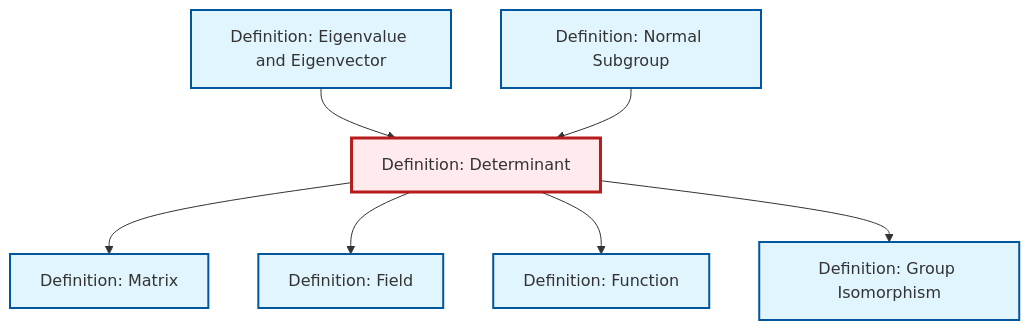
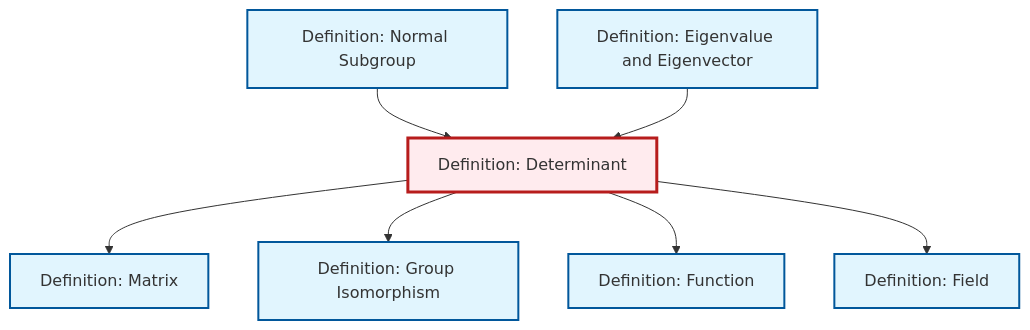
One commit to RK0429/ModernMath changed the diagram in content/ja/algebra/def-determinant.qmd. Above: the diagram before and after it, drawn with Mermaid. The commit also changed other lines of this file and 619 other files, not shown here.

````diff
--- a/content/ja/algebra/def-determinant.qmd
+++ b/content/ja/algebra/def-determinant.qmd
@@ -82,29 +82,29 @@
 ```{mermaid}
 %%| fig-cap: "Local dependency graph"
 graph TD
     classDef definition fill:#e1f5fe,stroke:#01579b,stroke-width:2px
     classDef theorem fill:#f3e5f5,stroke:#4a148c,stroke-width:2px
     classDef axiom fill:#fff3e0,stroke:#e65100,stroke-width:2px
     classDef example fill:#e8f5e9,stroke:#1b5e20,stroke-width:2px
     classDef current fill:#ffebee,stroke:#b71c1c,stroke-width:3px
-    def-function["Definition: Function"]:::definition
+    def-normal-subgroup["Definition: Normal Subgroup"]:::definition
+    def-determinant["Definition: Determinant"]:::definition
+    def-eigenvalue-eigenvector["Definition: Eigenvalue and Eigenvector"]:::definition
     def-isomorphism["Definition: Group Isomorphism"]:::definition
     def-field["Definition: Field"]:::definition
-    def-determinant["Definition: Determinant"]:::definition
     def-matrix["Definition: Matrix"]:::definition
-    def-normal-subgroup["Definition: Normal Subgroup"]:::definition
-    def-eigenvalue-eigenvector["Definition: Eigenvalue and Eigenvector"]:::definition
+    def-function["Definition: Function"]:::definition
     def-determinant --> def-matrix
-    def-eigenvalue-eigenvector --> def-determinant
-    def-determinant --> def-field
-    def-determinant --> def-function
     def-normal-subgroup --> def-determinant
     def-determinant --> def-isomorphism
+    def-determinant --> def-function
+    def-determinant --> def-field
+    def-eigenvalue-eigenvector --> def-determinant
     class def-determinant current
-    click def-function "def-function.html" "Definition: Functionへ"
+    click def-normal-subgroup "def-normal-subgroup.html" "Definition: Normal Subgroupへ"
+    click def-eigenvalue-eigenvector "def-eigenvalue-eigenvector.html" "Definition: Eigenvalue and Eigenvectorへ"
     click def-isomorphism "def-isomorphism.html" "Definition: Group Isomorphismへ"
     click def-field "def-field.html" "Definition: Fieldへ"
     click def-matrix "def-matrix.html" "Definition: Matrixへ"
-    click def-normal-subgroup "def-normal-subgroup.html" "Definition: Normal Subgroupへ"
-    click def-eigenvalue-eigenvector "def-eigenvalue-eigenvector.html" "Definition: Eigenvalue and Eigenvectorへ"
+    click def-function "def-function.html" "Definition: Functionへ"
 ```
````
